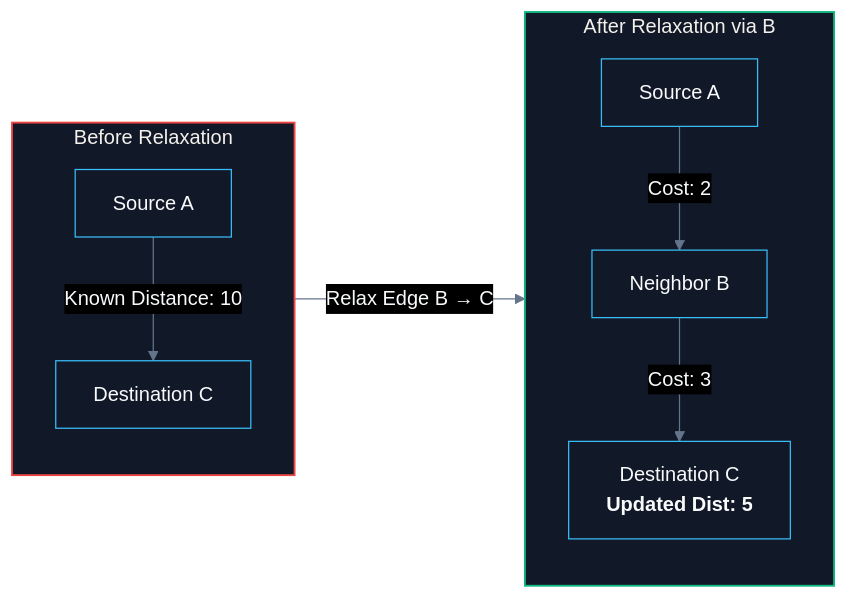
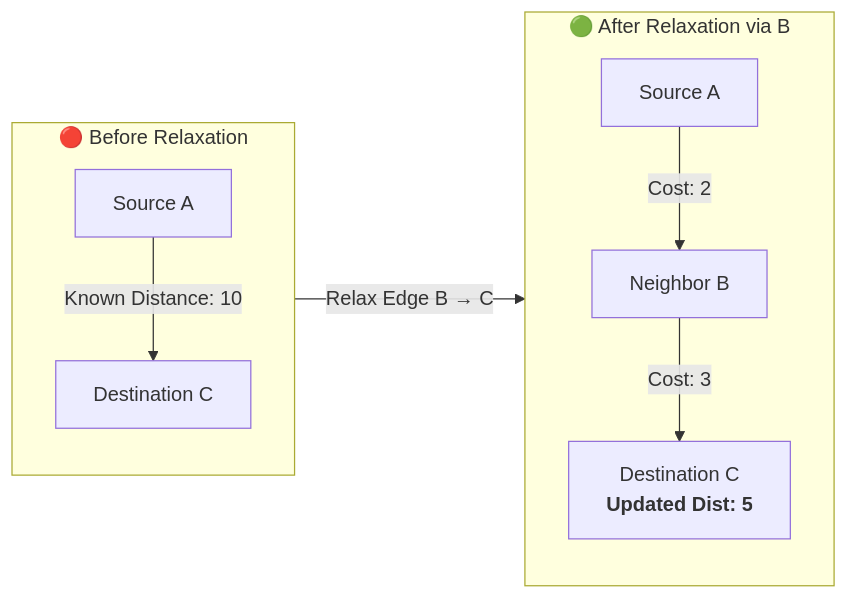
The diagram in CS/Computer Networking/04. Routing & Network Layer/03. Bellman-Ford Algorithm.md (abhinavbharti2345/CS_Notes), drawn with Mermaid before and after one commit. The commit also changed 91 other files, not shown here.

````diff
--- a/CS/Computer Networking/04. Routing & Network Layer/03. Bellman-Ford Algorithm.md
+++ b/CS/Computer Networking/04. Routing & Network Layer/03. Bellman-Ford Algorithm.md
@@ -52,17 +52,13 @@
 ```mermaid
-%%{init: {'theme': 'base', 'themeVariables': { 'darkMode': true, 'background': '#0B0F14', 'mainBkg': '#111827', 'primaryColor': '#111827', 'primaryTextColor': '#F8FAFC', 'primaryBorderColor': '#38BDF8', 'lineColor': '#64748B', 'secondaryColor': '#0B0F14', 'tertiaryColor': '#0B0F14', 'clusterBkg': '#0B0F14', 'clusterBorder': '#38BDF8' }}}%%
 flowchart LR
-    subgraph BeforeRelaxation["Before Relaxation"]
+    subgraph BeforeRelaxation["🔴 Before Relaxation"]
         A1["Source A"] -->|Known Distance: 10| C1["Destination C"]
     end
 
-    subgraph AfterRelaxation["After Relaxation via B"]
+    subgraph AfterRelaxation["🟢 After Relaxation via B"]
         A2["Source A"] -->|Cost: 2| B2["Neighbor B"]
-        B2 -->|Cost: 3| C2["Destination C<br><b>Updated Dist: 5</b>"]
+        B2 -->|Cost: 3| C2["Destination C<br/><b>Updated Dist: 5</b>"]
     end
 
     BeforeRelaxation -->|"Relax Edge B → C"| AfterRelaxation
-
-    style BeforeRelaxation fill:#111827,stroke:#ef4444,stroke-width:1.5px
-    style AfterRelaxation fill:#111827,stroke:#10b981,stroke-width:1.5px
 ```
````
